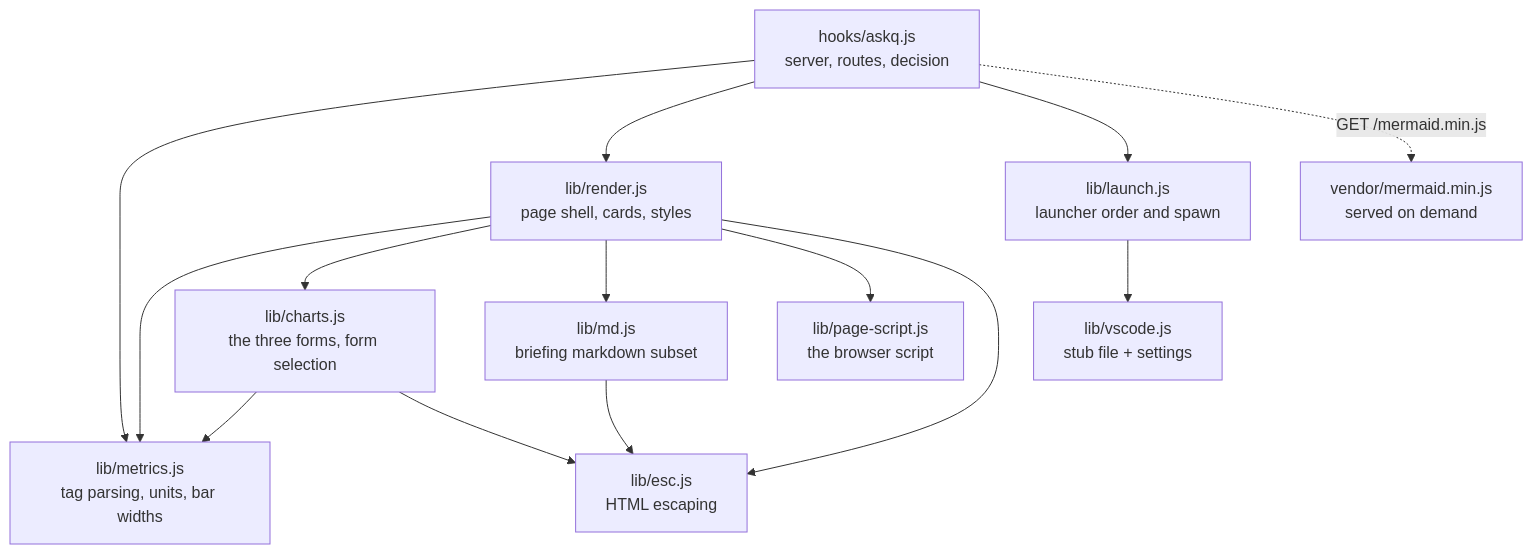
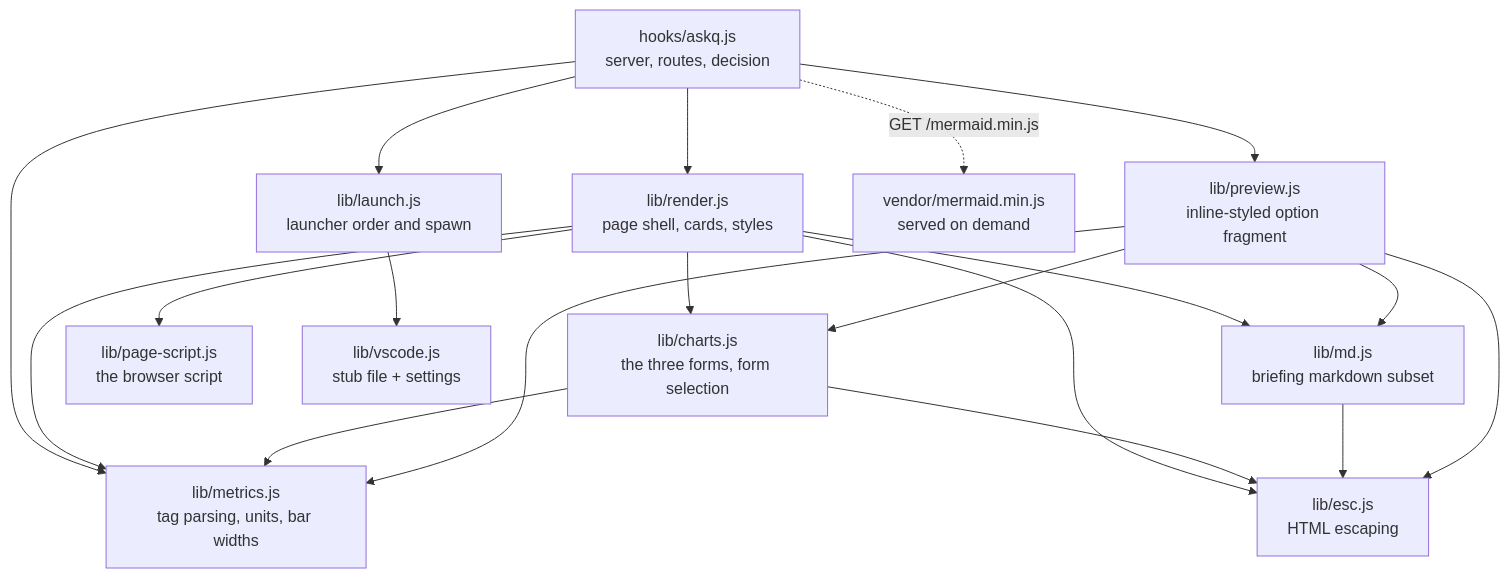
One commit to underw8/cc-visualq changed the second of 3 diagrams in README.md. Above: the diagram before and after it, drawn with Mermaid. The commit also changed other lines of this file and 11 other files, not shown here.

````diff
--- a/README.md
+++ b/README.md
@@ -95,27 +100,33 @@
 ```mermaid
 flowchart TD
     HJ["hooks/askq.js<br/>server, routes, decision"]
     ME["lib/metrics.js<br/>tag parsing, units, bar widths"]
     RE["lib/render.js<br/>page shell, cards, styles"]
+    PV["lib/preview.js<br/>inline-styled option fragment"]
     CH["lib/charts.js<br/>the three forms, form selection"]
     MD["lib/md.js<br/>briefing markdown subset"]
     PS["lib/page-script.js<br/>the browser script"]
     ES["lib/esc.js<br/>HTML escaping"]
     LA["lib/launch.js<br/>launcher order and spawn"]
     VS["lib/vscode.js<br/>stub file + settings"]
     VE["vendor/mermaid.min.js<br/>served on demand"]
 
     HJ --> ME
     HJ --> RE
+    HJ --> PV
     HJ --> LA
     HJ -.->|"GET /mermaid.min.js"| VE
     RE --> ME
     RE --> CH
     RE --> MD
     RE --> PS
     RE --> ES
     CH --> ME
     CH --> ES
     MD --> ES
+    PV --> ME
+    PV --> CH
+    PV --> MD
+    PV --> ES
     LA --> VS
 ```
````
